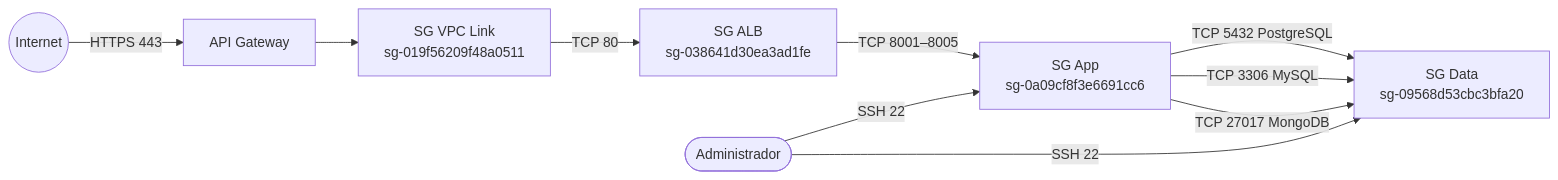
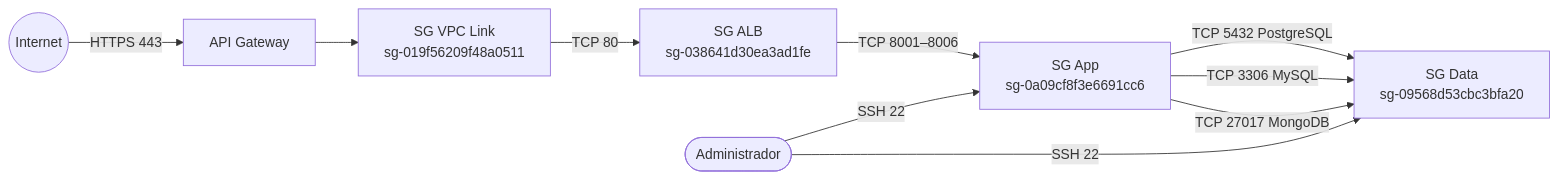
The third of 5 diagrams in docs/DIAGRAMA_ARQUITECTURA_AWS.md (SebaU12/HardTechHub-v2), drawn with Mermaid before and after one commit. The commit also changed other lines of this file and 11 other files, not shown here.

````diff
--- a/docs/DIAGRAMA_ARQUITECTURA_AWS.md
+++ b/docs/DIAGRAMA_ARQUITECTURA_AWS.md
@@ -193,20 +209,20 @@
 ```mermaid
 flowchart LR
     INTERNET((Internet))
     GW[API Gateway]
     VL[SG VPC Link<br/>sg-019f56209f48a0511]
     LB[SG ALB<br/>sg-038641d30ea3ad1fe]
     APP[SG App<br/>sg-0a09cf8f3e6691cc6]
     DB[SG Data<br/>sg-09568d53cbc3bfa20]
     ADMIN([Administrador])
 
     INTERNET -->|HTTPS 443| GW
     GW --> VL
     VL -->|TCP 80| LB
-    LB -->|TCP 8001–8005| APP
+    LB -->|TCP 8001–8006| APP
     APP -->|TCP 5432 PostgreSQL| DB
     APP -->|TCP 3306 MySQL| DB
     APP -->|TCP 27017 MongoDB| DB
     ADMIN -->|SSH 22| APP
     ADMIN -->|SSH 22| DB
 ```
````
